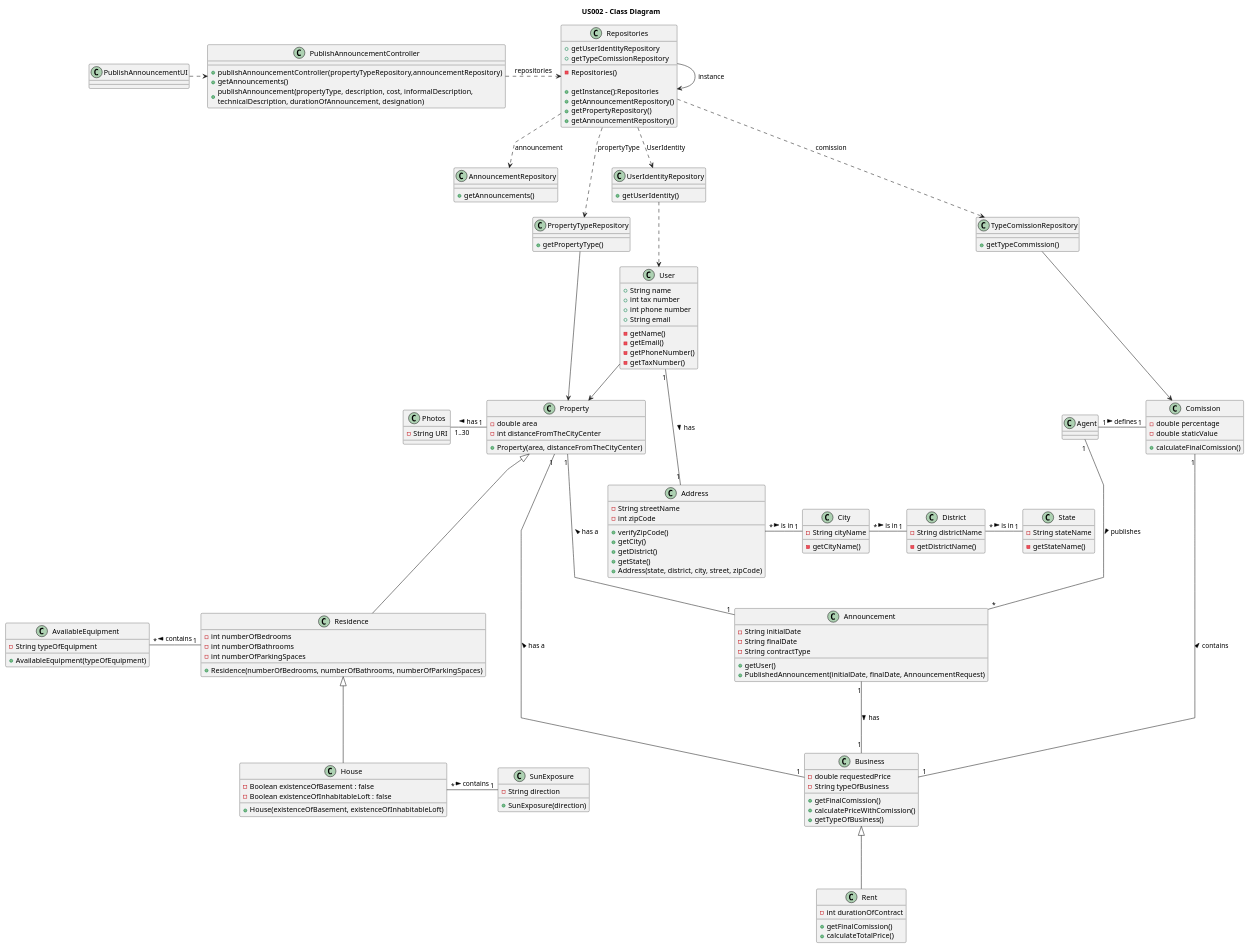
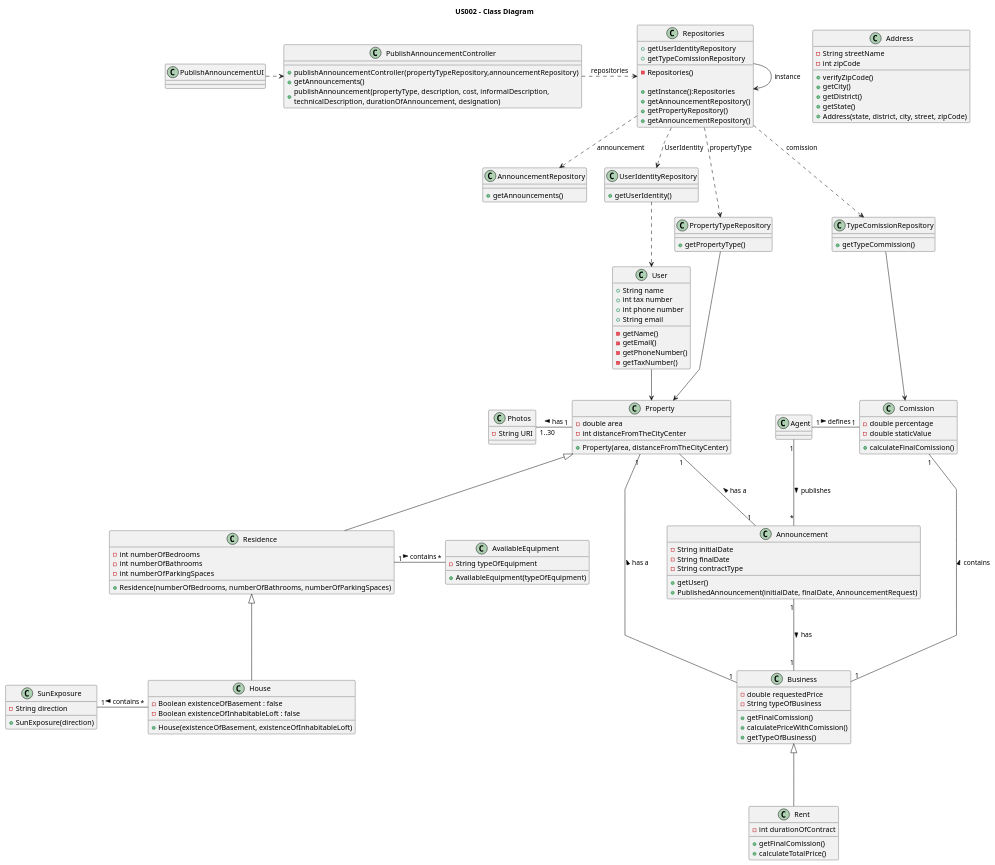
The diagram in docs/sprintB/US02/03.design/puml/us02-class-diagram.puml (PureNimble/ISEP-LAPR2), drawn with PlantUML before and after one commit.

Commit message:
Class Diagram US002 (update)

```diff
--- a/docs/sprintB/US02/03.design/puml/us02-class-diagram.puml
+++ b/docs/sprintB/US02/03.design/puml/us02-class-diagram.puml
@@ -115,27 +115,7 @@
     +getDistrict()
     +getState()
     +Address(state, district, city, street, zipCode)
-
 }
-
-class City {
-    - String cityName
-
-    -getCityName()
-}
-
-class District {
-    - String districtName
-
-    -getDistrictName()
-}
-
-class State {
-    - String stateName
-
-    -getStateName()
-}
-
 
 
 
@@ -200,10 +180,7 @@
 
 
 
-City "1"-left- "*" Address: is in <
-District "1"-left- "*" City: is in <
-State "1"-left- "*" District: is in <
-User "1" --- "1" Address: has >
+
 UserIdentityRepository ..> User
 User --> Property
 
```
